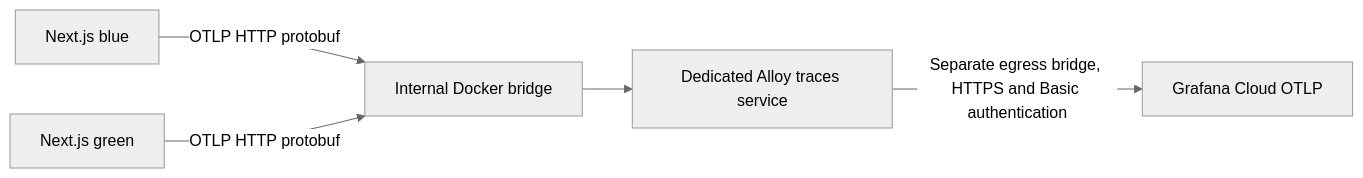
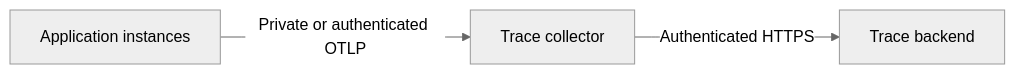
The diagram in docs/monitoring/BACKEND-TRACING.md (danikas2k2/rusys), drawn with Mermaid (neutral theme) before and after one commit. The commit also changed other lines of this file and 9 other files, not shown here.

````diff
--- a/docs/monitoring/BACKEND-TRACING.md
+++ b/docs/monitoring/BACKEND-TRACING.md
@@ -9,7 +9,5 @@
 ```mermaid
 flowchart LR
-    Blue[Next.js blue] -->|OTLP HTTP protobuf| Private[Internal Docker bridge]
-    Green[Next.js green] -->|OTLP HTTP protobuf| Private
-    Private --> Collector[Dedicated Alloy traces service]
-    Collector -->|Separate egress bridge, HTTPS and Basic authentication| Cloud[Grafana Cloud OTLP]
+    App[Application instances] -->|Private or authenticated OTLP| Collector[Trace collector]
+    Collector -->|Authenticated HTTPS| Backend[Trace backend]
 ```
````
